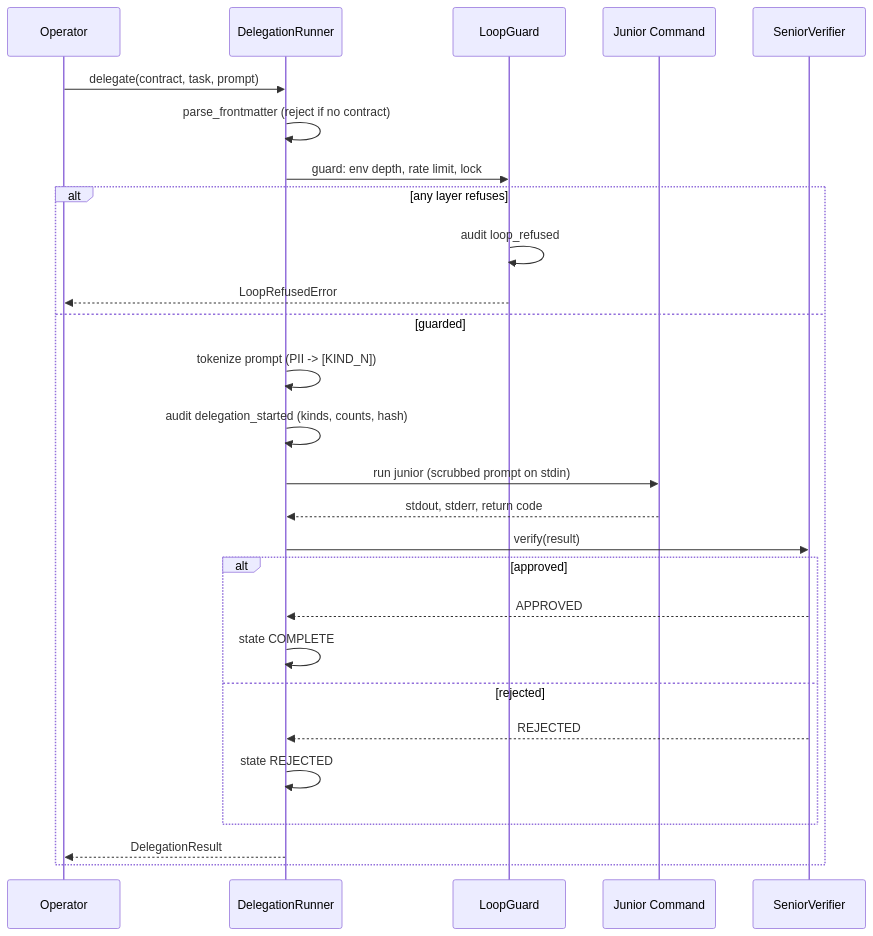
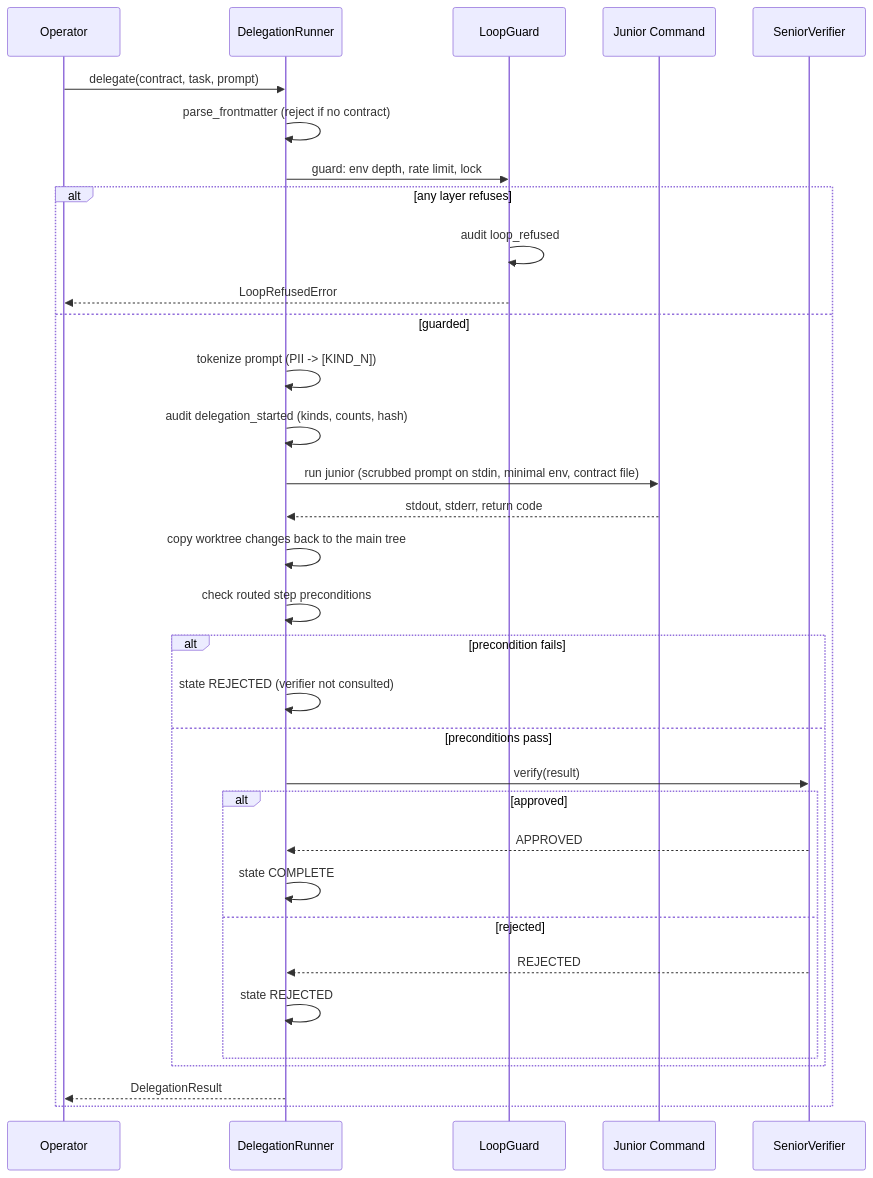
Before and after one commit to Zion-sewers/rat: the seventh of 7 diagrams in docs/ARCHITECTURE.md, drawn with Mermaid. The commit also changed other lines of this file and 5 other files, not shown here.

````diff
--- a/docs/ARCHITECTURE.md
+++ b/docs/ARCHITECTURE.md
@@ -397,30 +430,36 @@
 ```mermaid
 sequenceDiagram
     participant H as Operator
     participant R as DelegationRunner
     participant L as LoopGuard
     participant J as Junior Command
     participant V as SeniorVerifier
 
     H->>R: delegate(contract, task, prompt)
     R->>R: parse_frontmatter (reject if no contract)
     R->>L: guard: env depth, rate limit, lock
     alt any layer refuses
         L->>L: audit loop_refused
         L-->>H: LoopRefusedError
     else guarded
         R->>R: tokenize prompt (PII -> [KIND_N])
         R->>R: audit delegation_started (kinds, counts, hash)
-        R->>J: run junior (scrubbed prompt on stdin)
+        R->>J: run junior (scrubbed prompt on stdin, minimal env, contract file)
         J-->>R: stdout, stderr, return code
-        R->>V: verify(result)
-        alt approved
-            V-->>R: APPROVED
-            R->>R: state COMPLETE
-        else rejected
-            V-->>R: REJECTED
-            R->>R: state REJECTED
+        R->>R: copy worktree changes back to the main tree
+        R->>R: check routed step preconditions
+        alt precondition fails
+            R->>R: state REJECTED (verifier not consulted)
+        else preconditions pass
+            R->>V: verify(result)
+            alt approved
+                V-->>R: APPROVED
+                R->>R: state COMPLETE
+            else rejected
+                V-->>R: REJECTED
+                R->>R: state REJECTED
+            end
         end
         R-->>H: DelegationResult
     end
 ```
````
